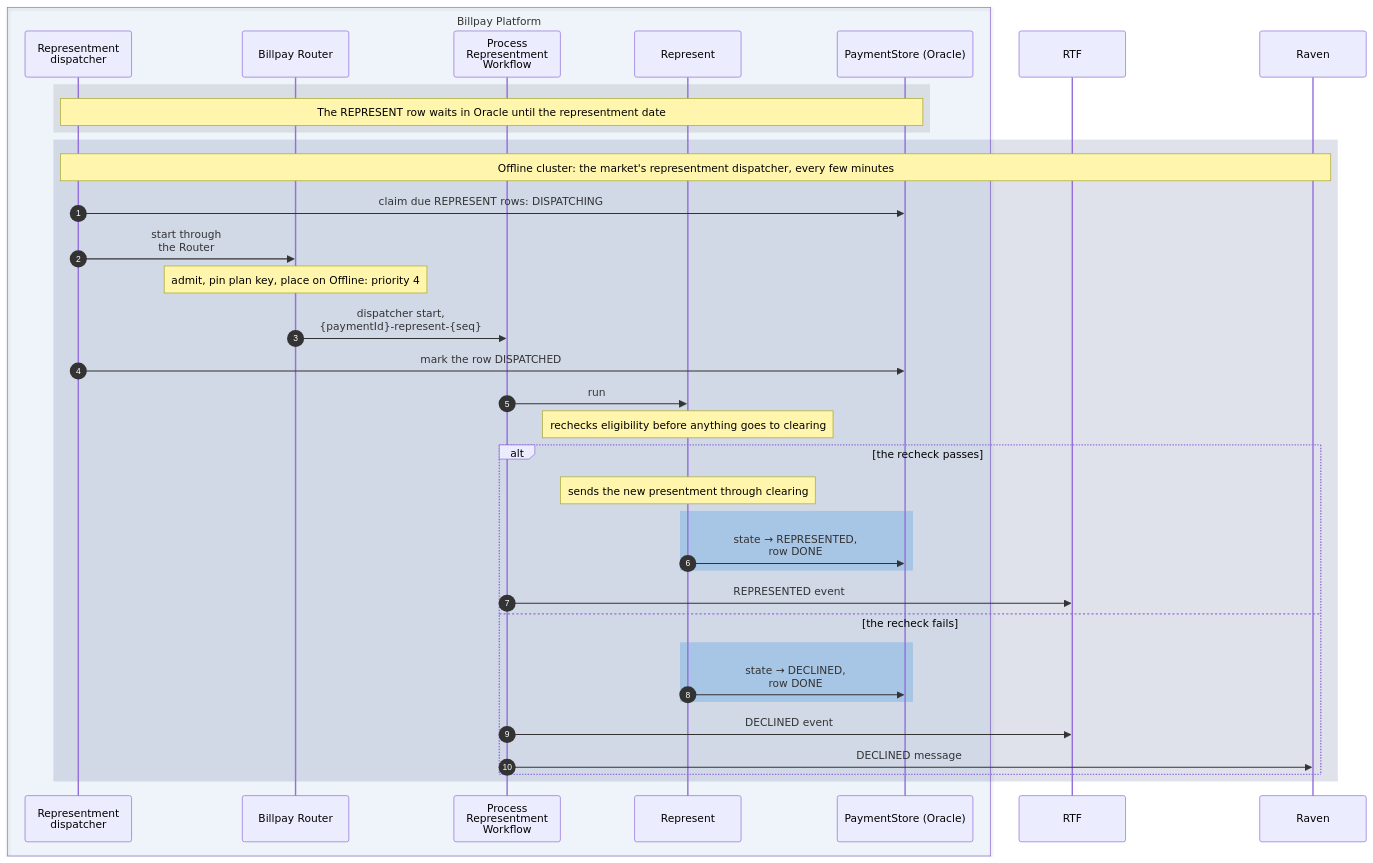
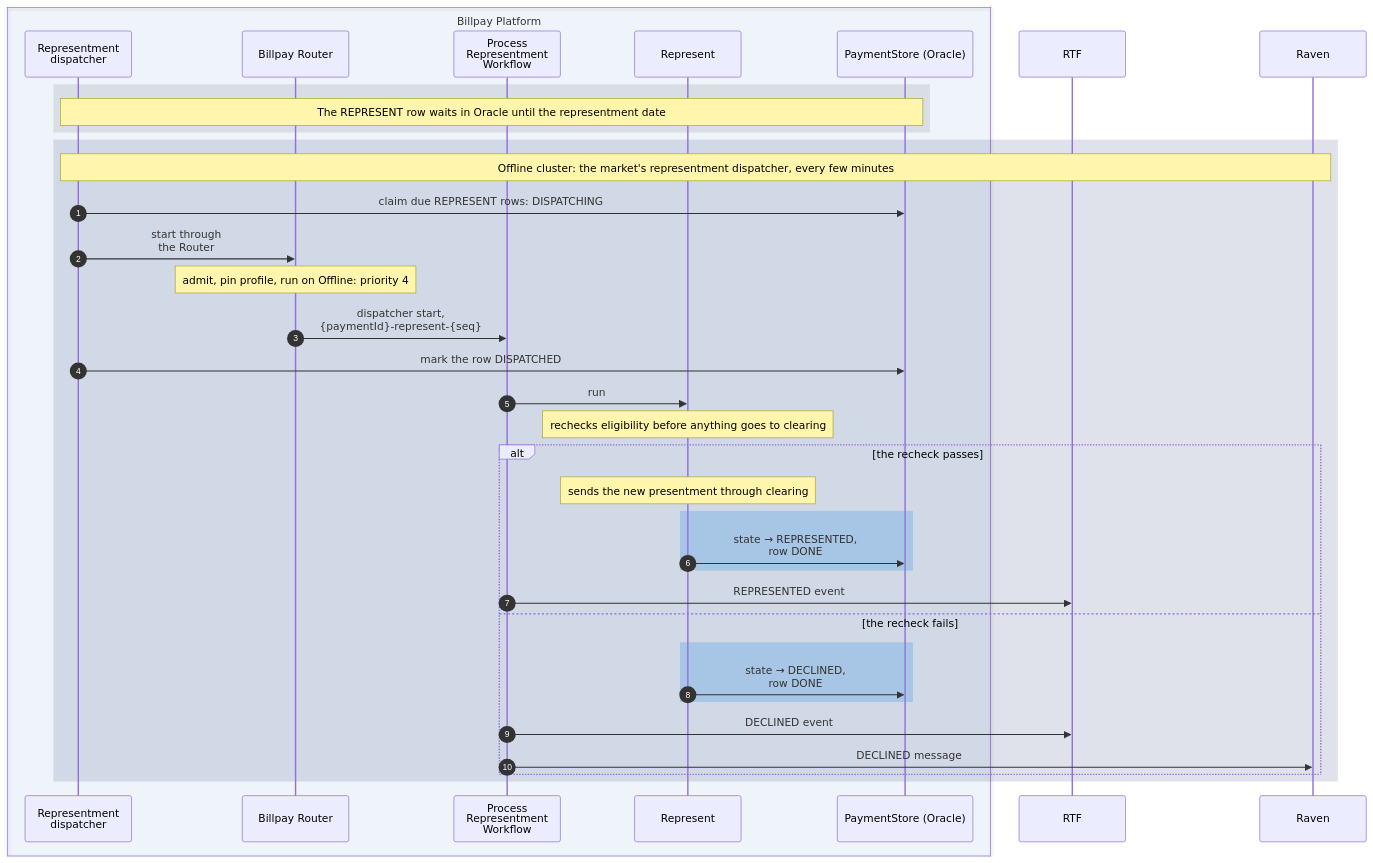
One commit to arunav-bhattacharya/billpay-book changed the eighth of 15 diagrams in website/docs/design/sequence-diagrams.md. Above: the diagram before and after it, drawn with Mermaid. The commit also changed other lines of this file and 53 other files, not shown here.

First line of the commit message:
ResolvedProfile and RunSite, journey picking, diagrams, JetBrains Mono

````diff
--- a/website/docs/design/sequence-diagrams.md
+++ b/website/docs/design/sequence-diagrams.md
@@ -547,48 +547,48 @@
 ```mermaid
 ---
 config:
   fontFamily: "BentonSansUI, Helvetica, Arial, sans-serif"
   fontSize: 15
 ---
 sequenceDiagram
   autonumber
 
   box rgba(0,111,207,0.05) Billpay Platform
     participant RPD as Representment<br/>dispatcher
     participant R as Billpay Router
     participant WF as Process<br/>Representment<br/>Workflow
     participant REP as Represent
     participant PS as PaymentStore (Oracle)
   end
 
   participant RTF
   participant RAV as Raven
 
   rect rgba(83,86,90,0.14)
     Note over RPD,PS: The REPRESENT row waits in Oracle until the representment date
   end
 
   rect rgba(0,23,90,0.12)
     Note over RPD,RAV: Offline cluster: the market's representment dispatcher, every few minutes
     RPD->>PS: claim due REPRESENT rows: DISPATCHING
     RPD->>R: start through<br/>the Router
-    Note over R: admit, pin plan key, place on Offline: priority 4
+    Note over R: admit, pin profile, run on Offline: priority 4
     R->>WF: dispatcher start,<br/>{paymentId}-represent-{seq}
     RPD->>PS: mark the row DISPATCHED
     WF->>REP: run
     Note over REP: rechecks eligibility before anything goes to clearing
     alt the recheck passes
       Note over REP: sends the new presentment through clearing
       rect rgba(102,169,226,0.40)
         REP->>PS: state → REPRESENTED,<br/>row DONE
       end
       WF->>RTF: REPRESENTED event
     else the recheck fails
       rect rgba(102,169,226,0.40)
         REP->>PS: state → DECLINED,<br/>row DONE
       end
       WF->>RTF: DECLINED event
       WF->>RAV: DECLINED message
     end
   end
 ```
````
